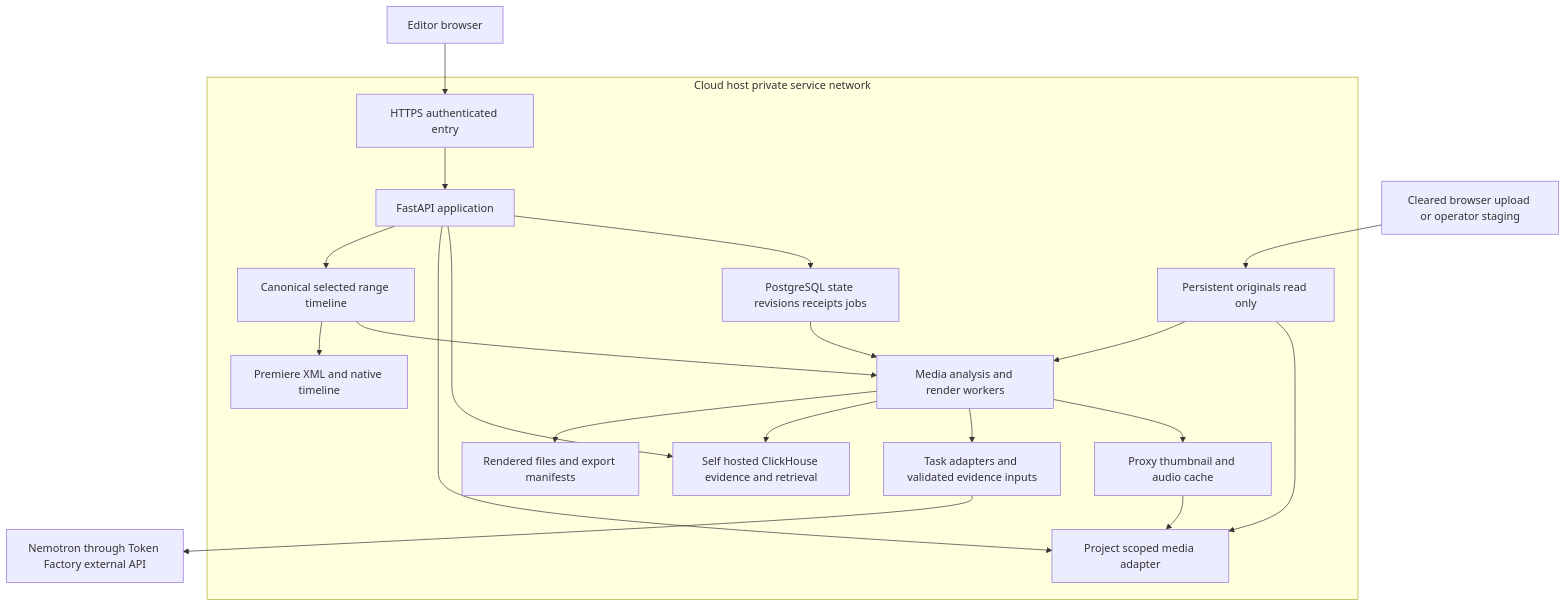
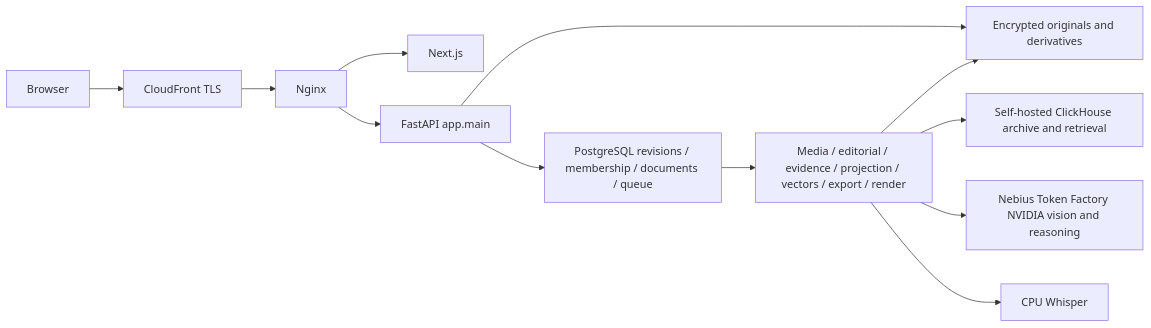
Before and after one commit to tanvir4hmed/trimbin: the diagram in docs/ARCHITECTURE.md, drawn with Mermaid. The commit also changed other lines of this file and 146 other files, not shown here.

````diff
--- a/docs/ARCHITECTURE.md
+++ b/docs/ARCHITECTURE.md
@@ -21,23 +5,14 @@
 ```mermaid
-flowchart TD
-  Editor[Editor browser] --> Gateway[HTTPS authenticated entry]
-  subgraph Private[Cloud host private service network]
-    Gateway --> API[FastAPI application]
-    API --> State[PostgreSQL state revisions receipts jobs]
-    API --> Archive[Self hosted ClickHouse evidence and retrieval]
-    API --> Media[Project scoped media adapter]
-    Sources[Persistent originals read only] --> Media
-    Sources --> Worker[Media analysis and render workers]
-    State --> Worker
-    Worker --> Proxy[Proxy thumbnail and audio cache]
-    Proxy --> Media
-    Worker --> Models[Task adapters and validated evidence inputs]
-    Worker --> Archive
-    Worker --> Outputs[Rendered files and export manifests]
-    API --> Timeline[Canonical selected range timeline]
-    Timeline --> Worker
-    Timeline --> Interchange[Premiere XML and native timeline]
-  end
-  Models --> Nebius[Nemotron through Token Factory external API]
-  Upload[Cleared browser upload or operator staging] --> Sources
+flowchart LR
+  Browser --> CF[CloudFront TLS]
+  CF --> Gateway[Nginx]
+  Gateway --> Web[Next.js]
+  Gateway --> API[FastAPI app.main]
+  API --> PG[PostgreSQL revisions / membership / documents / queue]
+  API --> Disk[Encrypted originals and derivatives]
+  PG --> Workers[Media / editorial / evidence / projection / vectors / export / render]
+  Workers --> Disk
+  Workers --> CH[Self-hosted ClickHouse archive and retrieval]
+  Workers --> TF[Nebius Token Factory NVIDIA vision and reasoning]
+  Workers --> ASR[CPU Whisper]
 ```
````
